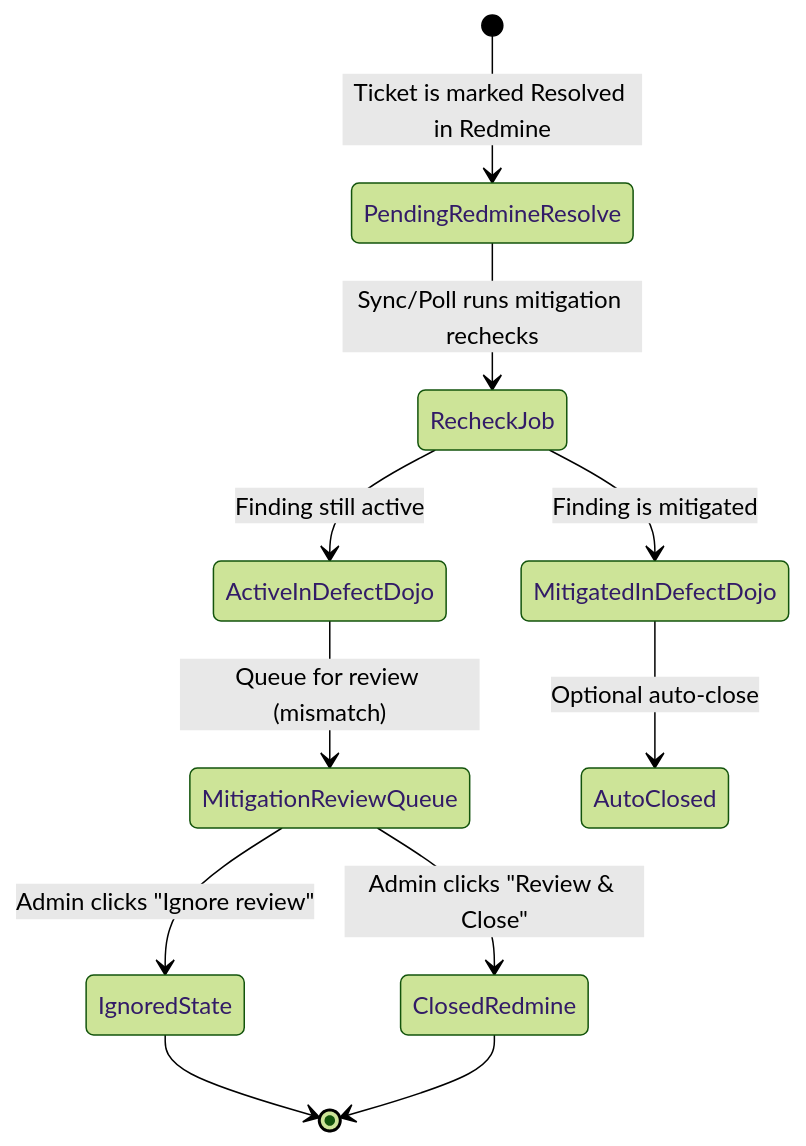
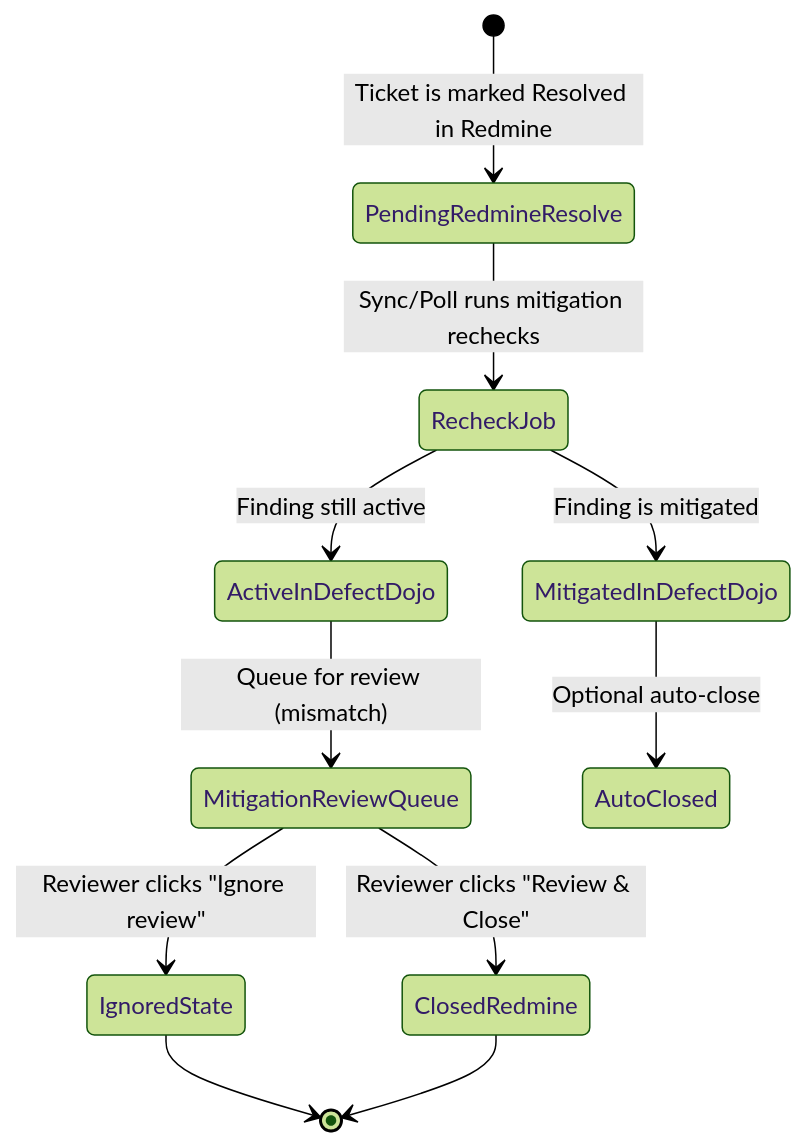
The fourth of 4 diagrams in apps/docs/content/00-overview.md (Ratthapoom681/Middleware-2.0), drawn with Mermaid (forest theme) before and after one commit. The commit also changed other lines of this file and 118 other files, not shown here.

````diff
--- a/apps/docs/content/00-overview.md
+++ b/apps/docs/content/00-overview.md
@@ -335,18 +338,18 @@
 ```mermaid
 stateDiagram-v2
     [*] --> PendingRedmineResolve : Ticket is marked Resolved in Redmine
     PendingRedmineResolve --> RecheckJob : Sync/Poll runs mitigation rechecks
     
     state RecheckJob <<choice>>
     RecheckJob --> ActiveInDefectDojo : Finding still active
     RecheckJob --> MitigatedInDefectDojo : Finding is mitigated
     
     ActiveInDefectDojo --> MitigationReviewQueue : Queue for review (mismatch)
     MitigatedInDefectDojo --> AutoClosed : Optional auto-close
     
-    MitigationReviewQueue --> IgnoredState : Admin clicks "Ignore review"
-    MitigationReviewQueue --> ClosedRedmine : Admin clicks "Review & Close"
+    MitigationReviewQueue --> IgnoredState : Reviewer clicks "Ignore review"
+    MitigationReviewQueue --> ClosedRedmine : Reviewer clicks "Review & Close"
     
     IgnoredState --> [*]
     ClosedRedmine --> [*]
 ```
````
